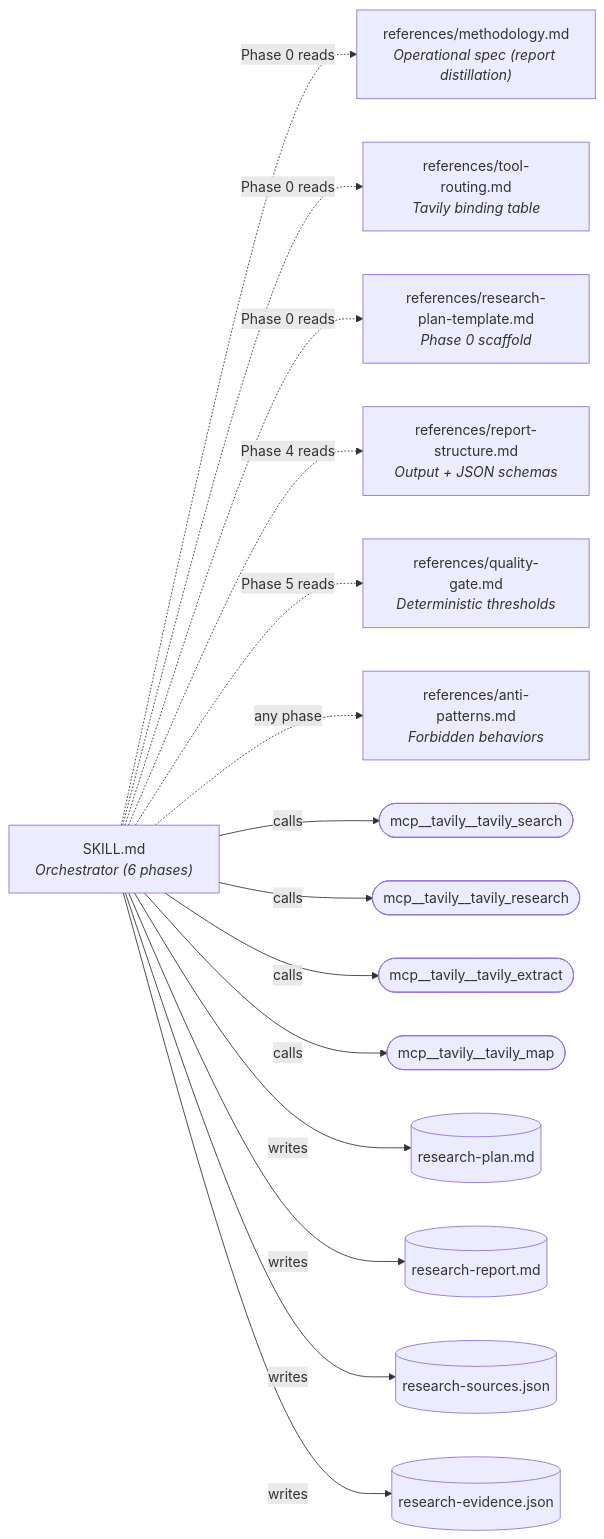
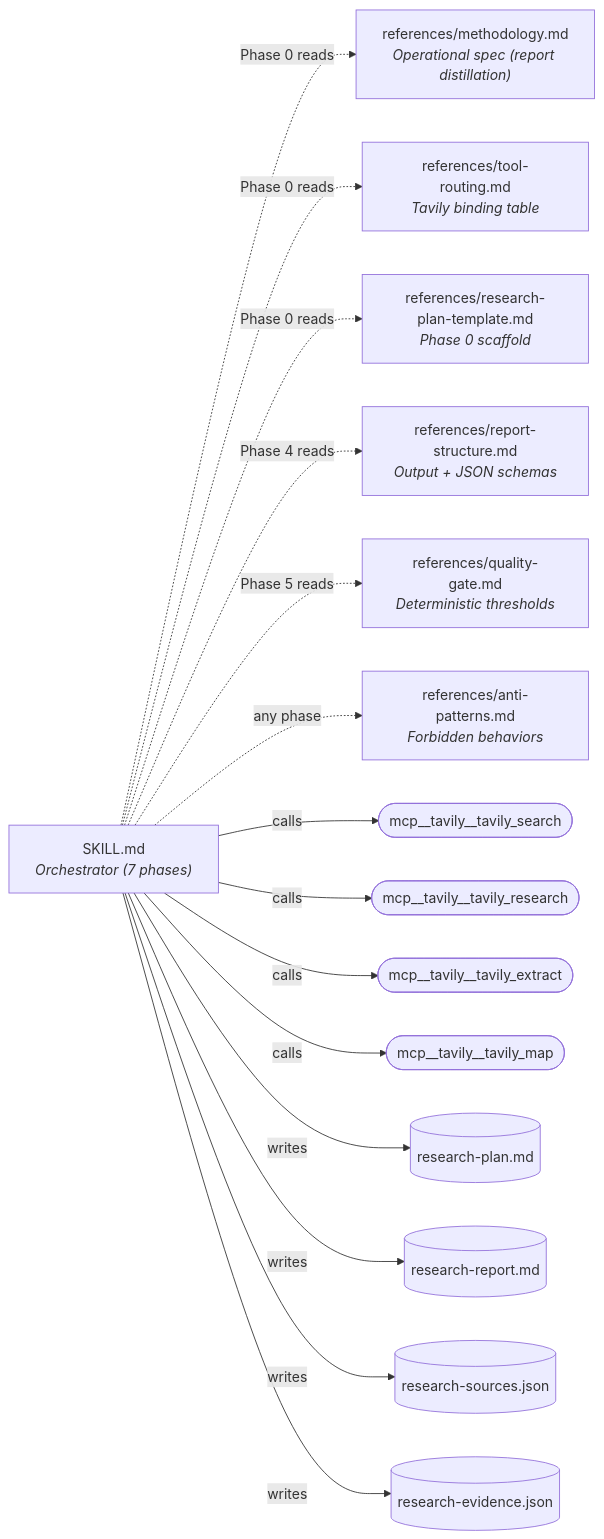
The third of 3 diagrams in README.md (hashbulla/deep-research), drawn with Mermaid before and after one commit. The commit also changed other lines of this file and 1 other file, not shown here.

````diff
--- a/README.md
+++ b/README.md
@@ -314,21 +314,21 @@
 ```mermaid
 graph LR
-    O["SKILL.md<br><i>Orchestrator (6 phases)</i>"]
+    O["SKILL.md<br><i>Orchestrator (7 phases)</i>"]
 
     O -. Phase 0 reads .-> M["references/methodology.md<br><i>Operational spec (report distillation)</i>"]
     O -. Phase 0 reads .-> T["references/tool-routing.md<br><i>Tavily binding table</i>"]
     O -. Phase 0 reads .-> P["references/research-plan-template.md<br><i>Phase 0 scaffold</i>"]
     O -. Phase 4 reads .-> S["references/report-structure.md<br><i>Output + JSON schemas</i>"]
     O -. Phase 5 reads .-> Q["references/quality-gate.md<br><i>Deterministic thresholds</i>"]
     O -. any phase .-> A["references/anti-patterns.md<br><i>Forbidden behaviors</i>"]
 
     O -- calls --> TVS(["mcp__tavily__tavily_search"])
     O -- calls --> TVR(["mcp__tavily__tavily_research"])
     O -- calls --> TVE(["mcp__tavily__tavily_extract"])
     O -- calls --> TVM(["mcp__tavily__tavily_map"])
 
     O -- writes --> plan[("research-plan.md")]
     O -- writes --> report[("research-report.md")]
     O -- writes --> sources[("research-sources.json")]
     O -- writes --> evidence[("research-evidence.json")]
 ```
````
